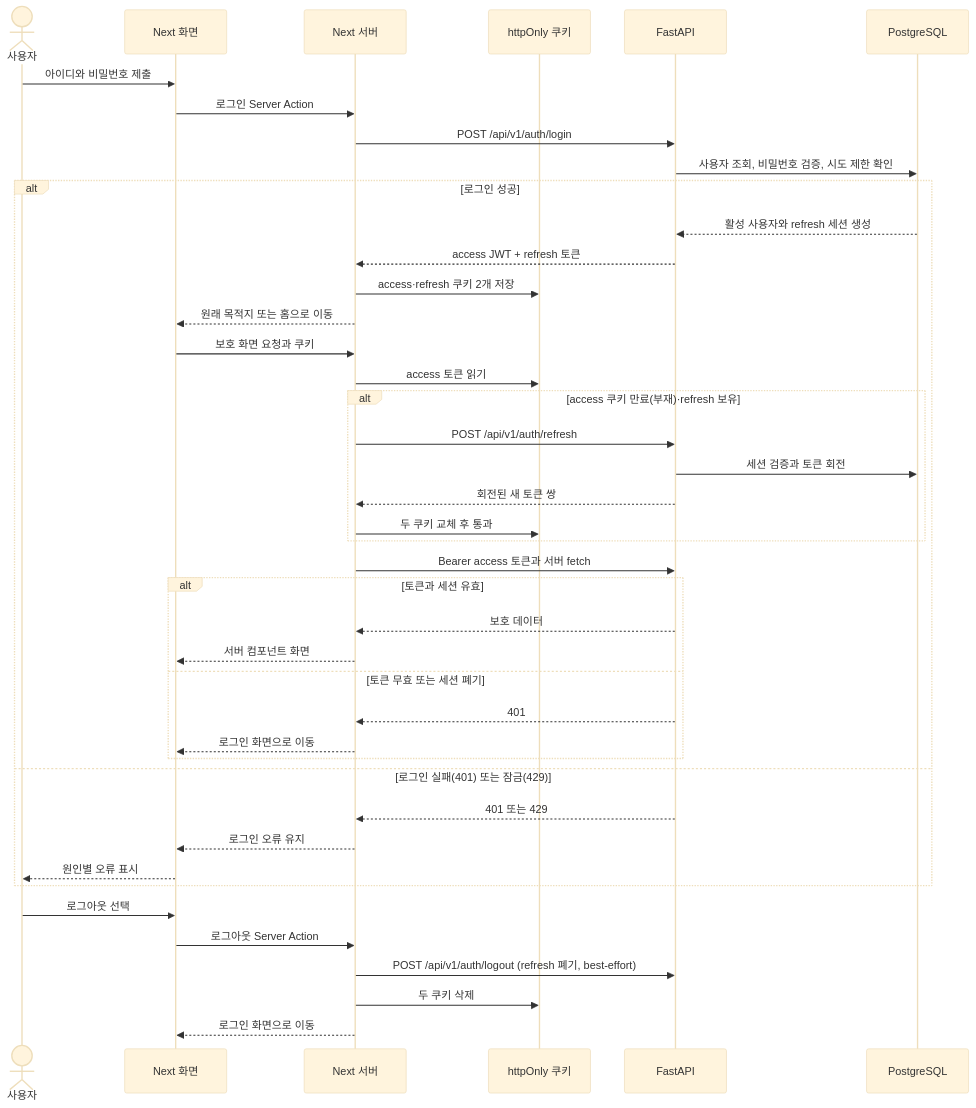
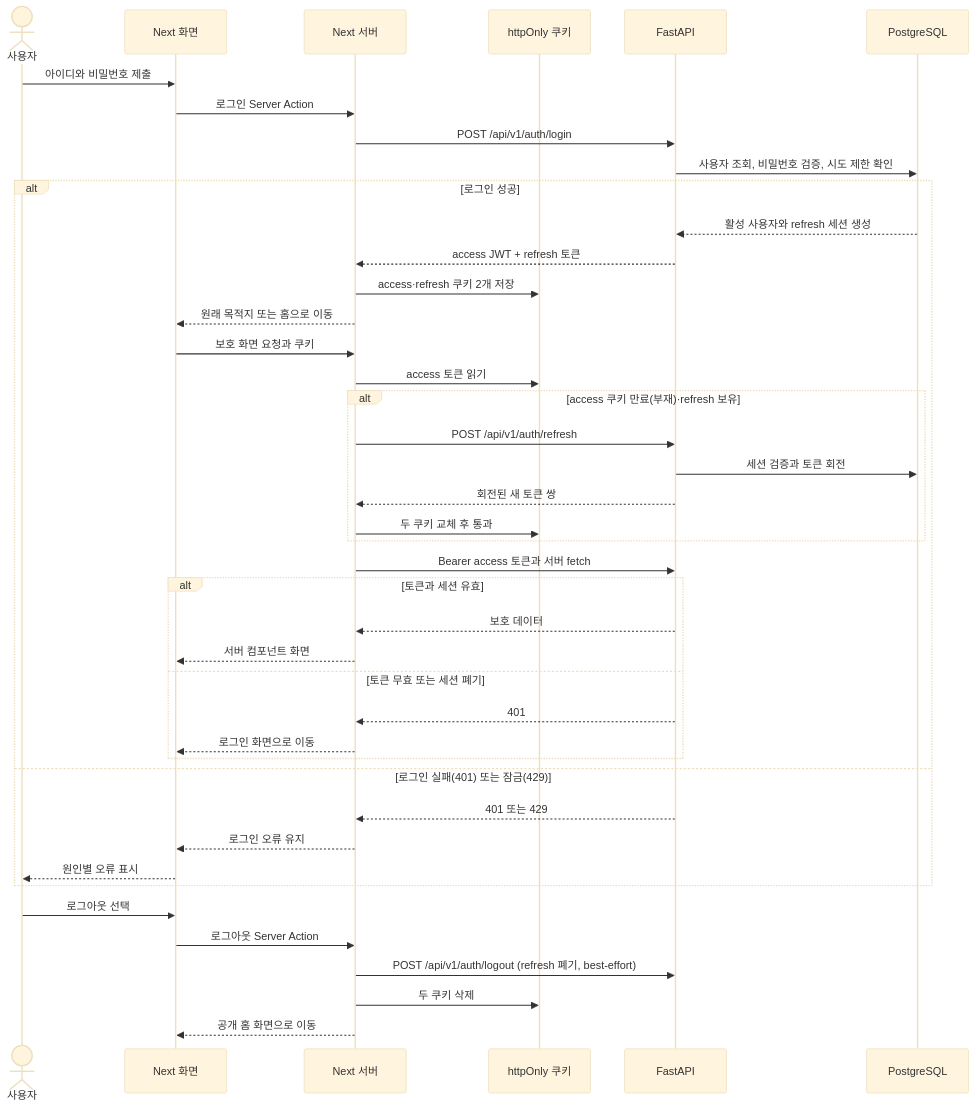
One commit to al8bright/fastapi-nextjs-pg-starter changed the second of 4 diagrams in skeleton/README.md. Above: the diagram before and after it, drawn with Mermaid (base theme). The commit also changed other lines of this file and 118 other files, not shown here.

````diff
--- a/skeleton/README.md
+++ b/skeleton/README.md
@@ -114,45 +134,45 @@
 ```mermaid
 sequenceDiagram
     actor User as 사용자
     participant UI as Next 화면
     participant Next as Next 서버
     participant Cookie as httpOnly 쿠키
     participant API as FastAPI
     participant DB as PostgreSQL
 
     User->>UI: 아이디와 비밀번호 제출
     UI->>Next: 로그인 Server Action
     Next->>API: POST /api/v1/auth/login
     API->>DB: 사용자 조회, 비밀번호 검증, 시도 제한 확인
     alt 로그인 성공
         DB-->>API: 활성 사용자와 refresh 세션 생성
         API-->>Next: access JWT + refresh 토큰
         Next->>Cookie: access·refresh 쿠키 2개 저장
         Next-->>UI: 원래 목적지 또는 홈으로 이동
         UI->>Next: 보호 화면 요청과 쿠키
         Next->>Cookie: access 토큰 읽기
         alt access 쿠키 만료(부재)·refresh 보유
             Next->>API: POST /api/v1/auth/refresh
             API->>DB: 세션 검증과 토큰 회전
             API-->>Next: 회전된 새 토큰 쌍
             Next->>Cookie: 두 쿠키 교체 후 통과
         end
         Next->>API: Bearer access 토큰과 서버 fetch
         alt 토큰과 세션 유효
             API-->>Next: 보호 데이터
             Next-->>UI: 서버 컴포넌트 화면
         else 토큰 무효 또는 세션 폐기
             API-->>Next: 401
             Next-->>UI: 로그인 화면으로 이동
         end
     else 로그인 실패(401) 또는 잠금(429)
         API-->>Next: 401 또는 429
         Next-->>UI: 로그인 오류 유지
         UI-->>User: 원인별 오류 표시
     end
     User->>UI: 로그아웃 선택
     UI->>Next: 로그아웃 Server Action
     Next->>API: POST /api/v1/auth/logout (refresh 폐기, best-effort)
     Next->>Cookie: 두 쿠키 삭제
-    Next-->>UI: 로그인 화면으로 이동
+    Next-->>UI: 공개 홈 화면으로 이동
 ```
````
